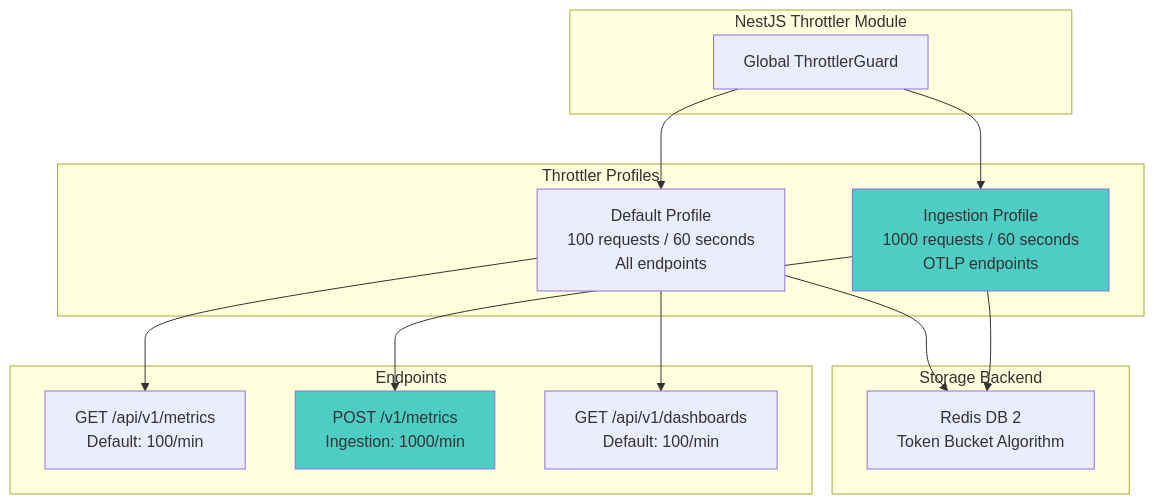
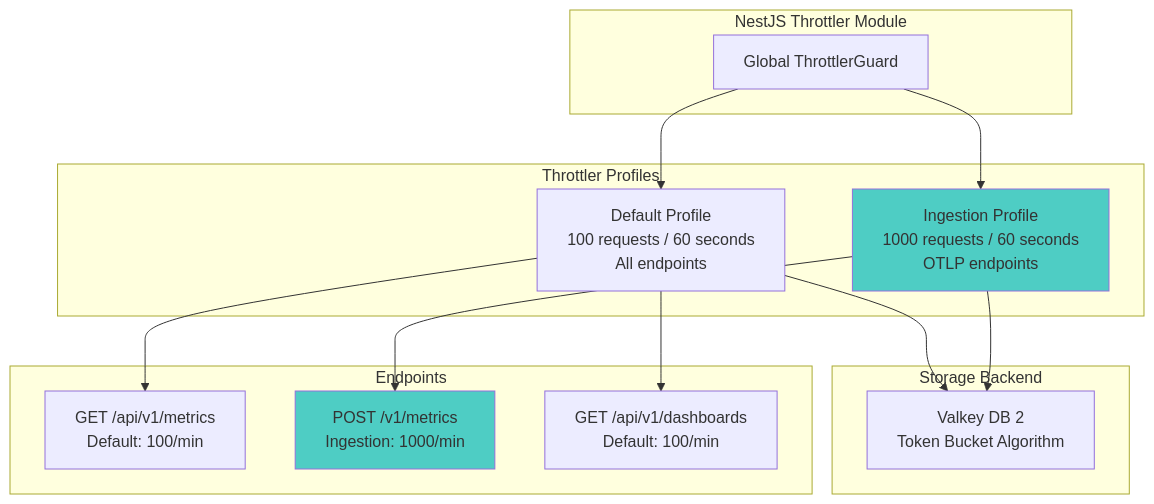
Before and after one commit to telemetryflow/telemetryflow-overview: diagram 35 of 54 in architecture/05-PERFORMANCE.md, drawn with Mermaid. The commit also changed other lines of this file and 23 other files, not shown here.

First line of the commit message:
docs: relabel Redis->Valkey in architecture/diagrams/prose (follow-up sweep)

````diff
--- a/architecture/05-PERFORMANCE.md
+++ b/architecture/05-PERFORMANCE.md
@@ -1359,33 +1359,33 @@
 ```mermaid
 graph TB
     subgraph "NestJS Throttler Module"
         A[Global ThrottlerGuard]
     end
 
     subgraph "Throttler Profiles"
         B[Default Profile<br/>100 requests / 60 seconds<br/>All endpoints]
         C[Ingestion Profile<br/>1000 requests / 60 seconds<br/>OTLP endpoints]
     end
 
     subgraph "Storage Backend"
-        D[Redis DB 2<br/>Token Bucket Algorithm]
+        D[Valkey DB 2<br/>Token Bucket Algorithm]
     end
 
     subgraph "Endpoints"
         E[GET /api/v1/metrics<br/>Default: 100/min]
         F[POST /v1/metrics<br/>Ingestion: 1000/min]
         G[GET /api/v1/dashboards<br/>Default: 100/min]
     end
 
     A --> B
     A --> C
     B --> D
     C --> D
 
     B --> E
     C --> F
     B --> G
 
     style C fill:#4ecdc4
     style F fill:#4ecdc4
 ```
````
